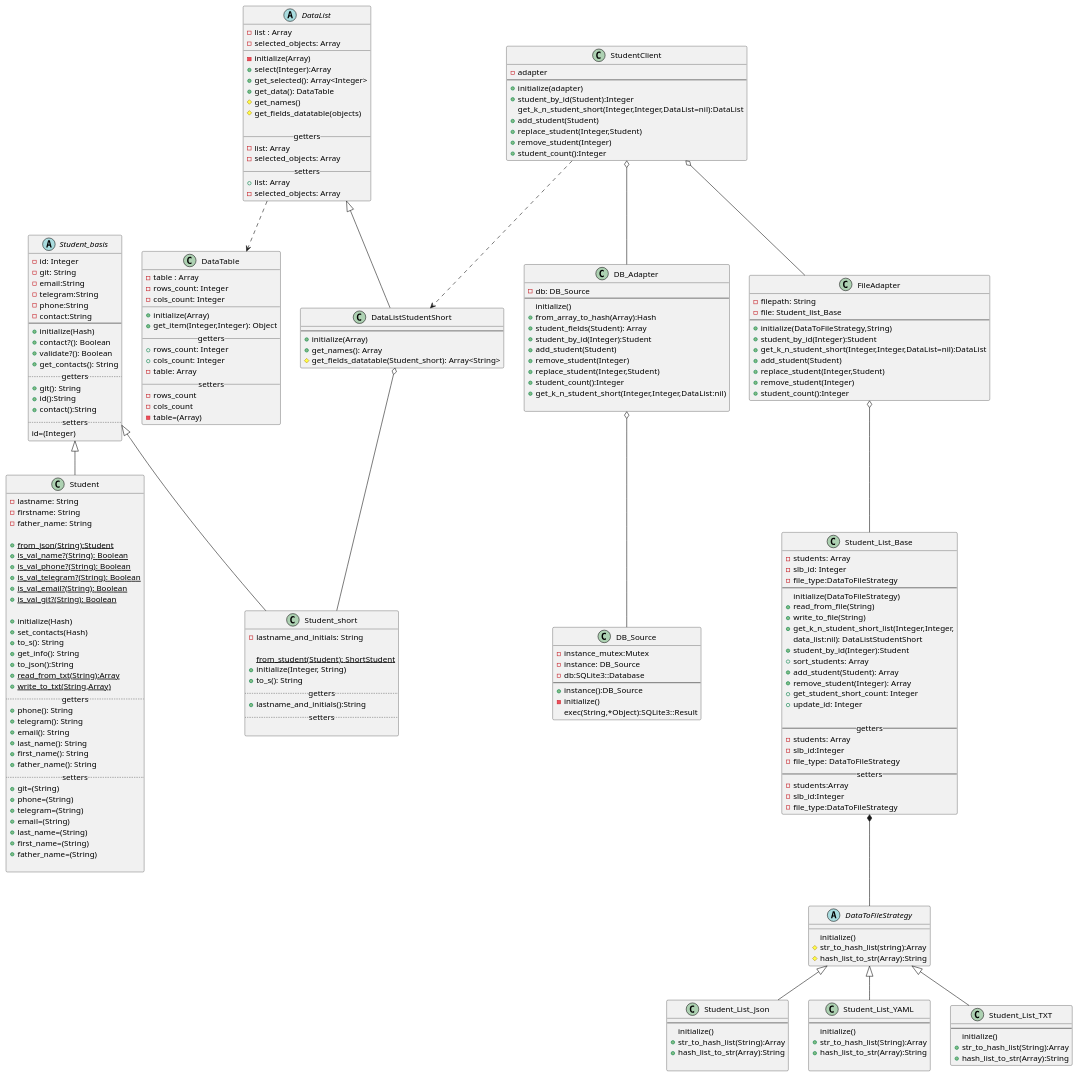
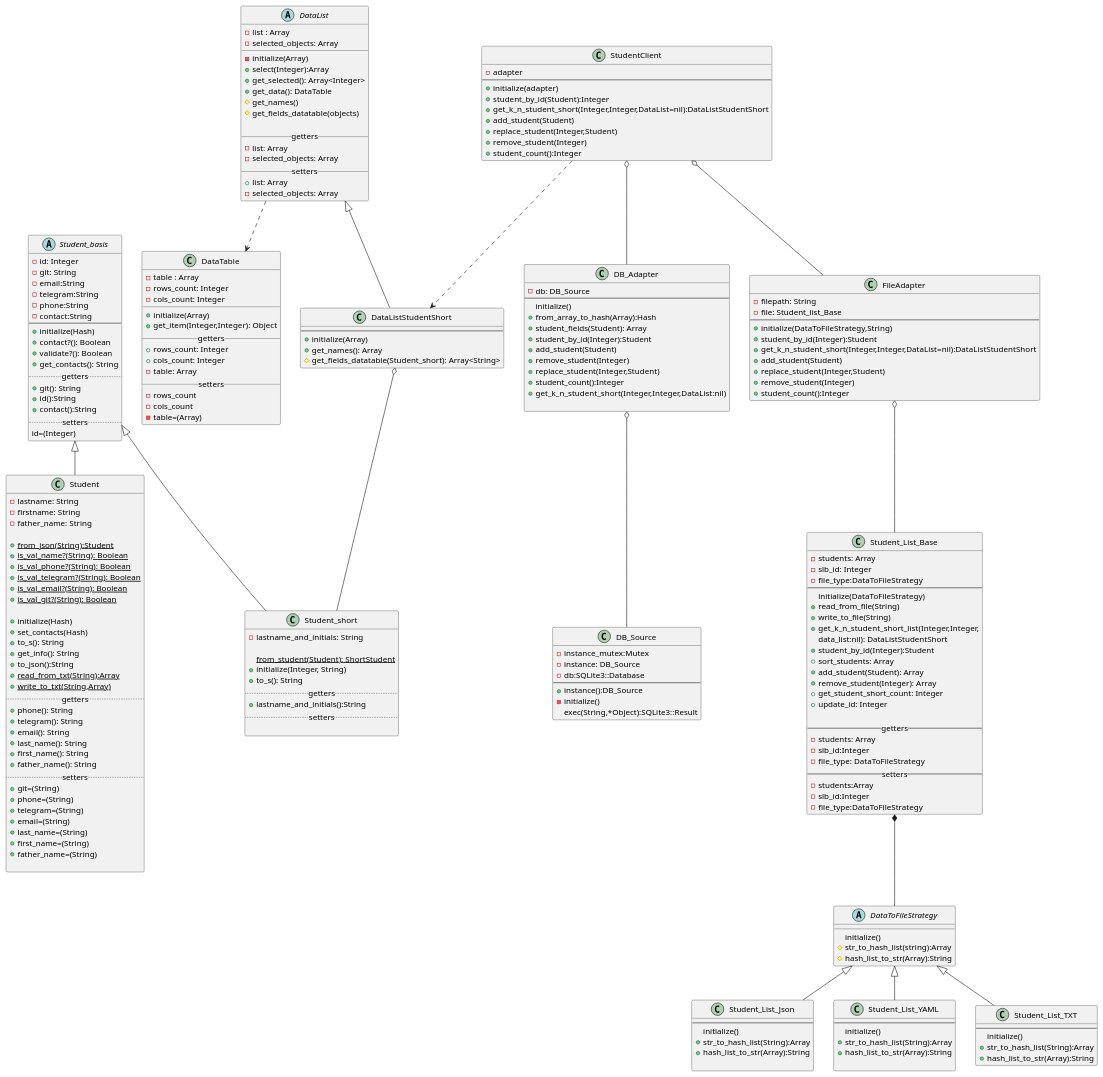
One commit to ColdEiler/pattern changed the diagram in lab2/diagrams/student_diagrams.puml. Above: the diagram before and after it, drawn with PlantUML. The commit also changed 5 other files, not shown here.

Commit message:
диаграмма + Gui(3 empty tabs)

```diff
--- a/lab2/diagrams/student_diagrams.puml
+++ b/lab2/diagrams/student_diagrams.puml
@@ -203,7 +203,7 @@
     --
     +initialize(DataToFileStrategy,String)
     +student_by_id(Integer):Student
-    +get_k_n_student_short(Integer,Integer,DataList=nil):DataList
+    +get_k_n_student_short(Integer,Integer,DataList=nil):DataListStudentShort
     +add_student(Student)
     +replace_student(Integer,Student)
     +remove_student(Integer)
@@ -216,7 +216,7 @@
     --
     +initialize(adapter)
     +student_by_id(Student):Integer
-    get_k_n_student_short(Integer,Integer,DataList=nil):DataList
+    +get_k_n_student_short(Integer,Integer,DataList=nil):DataListStudentShort
     +add_student(Student)
     +replace_student(Integer,Student)
     +remove_student(Integer)
```
